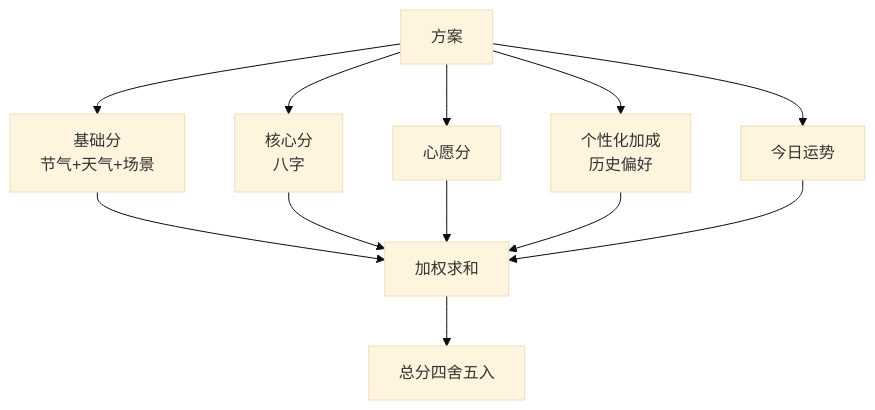
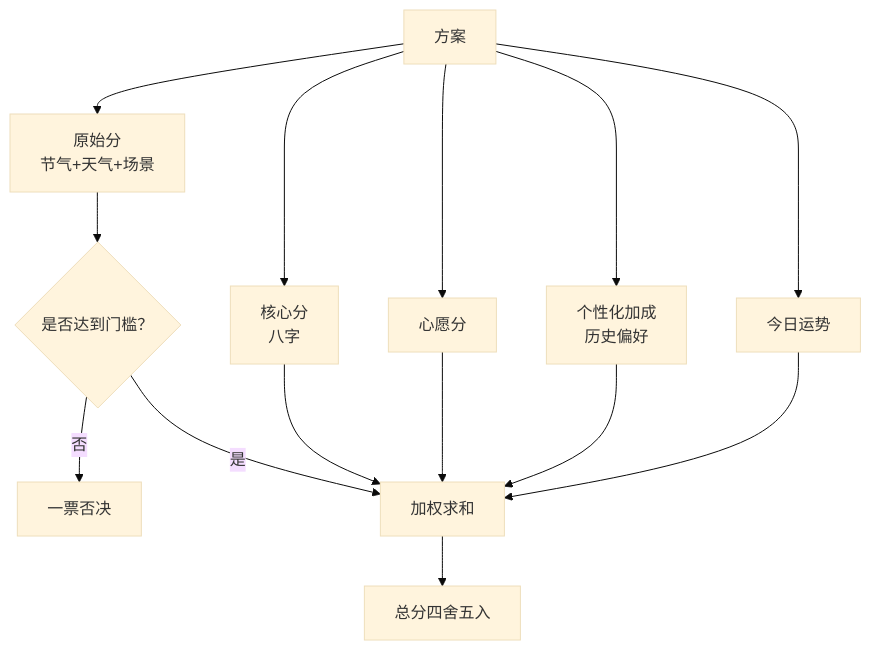
Before and after one commit to jeankeim/wuxing-fashion: the fifth of 7 diagrams in .qoder/repowiki/zh/content/核心模块/评分引擎.md, drawn with Mermaid (base theme). The commit also changed other lines of this file and 27 other files, not shown here.

````diff
--- a/.qoder/repowiki/zh/content/核心模块/评分引擎.md
+++ b/.qoder/repowiki/zh/content/核心模块/评分引擎.md
@@ -214,14 +226,16 @@
 ```mermaid
 flowchart TD
-A["方案"] --> B["基础分<br/>节气+天气+场景"]
+A["方案"] --> B["原始分<br/>节气+天气+场景"]
 A --> C["核心分<br/>八字"]
 A --> D["心愿分"]
 A --> E["个性化加成<br/>历史偏好"]
 A --> F["今日运势"]
-B --> G["加权求和"]
+B --> Check{"是否达到门槛？"}
+Check -- 否 --> Reject["一票否决"]
+Check -- 是 --> G["加权求和"]
 C --> G
 D --> G
 E --> G
 F --> G
 G --> H["总分四舍五入"]
 ```
````
